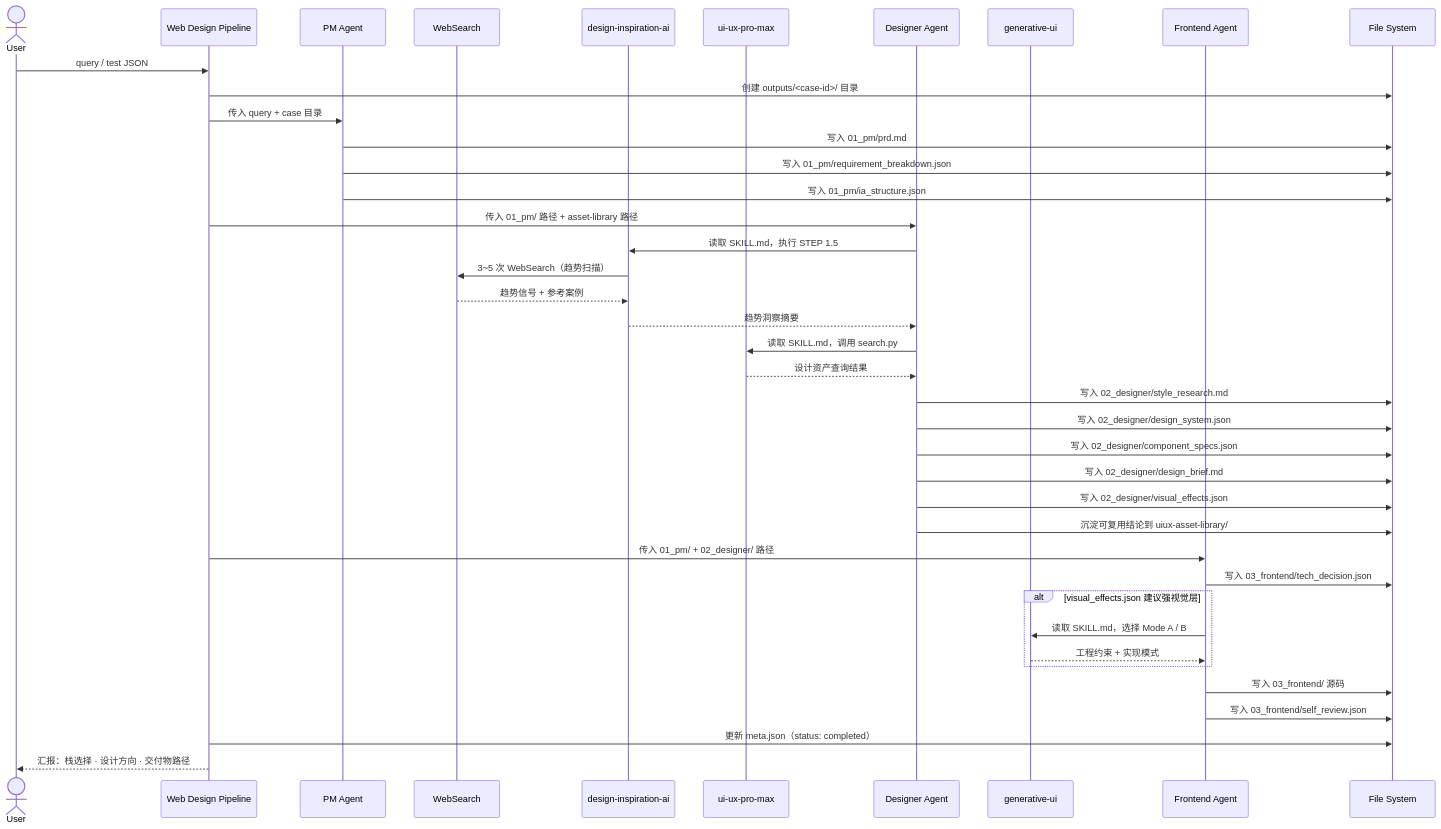
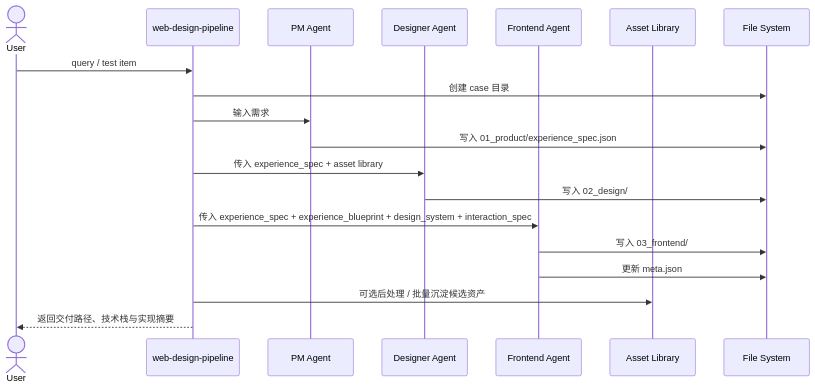
The third of 3 diagrams in ARCHITECTURE.md (PlevanTem/ui-data-synth-pipeline), drawn with Mermaid before and after one commit. The commit also changed other lines of this file and 48 other files, not shown here.

First line of the commit message:
release: v3.0.0 - uiux-asset-library 扩展与架构升级

````diff
--- a/ARCHITECTURE.md
+++ b/ARCHITECTURE.md
@@ -178,47 +129,27 @@
 ```mermaid
 sequenceDiagram
     actor User
-    participant WDP  as Web Design Pipeline
-    participant PM   as PM Agent
-    participant SRCH as WebSearch
-    participant DI   as design-inspiration-ai
-    participant UU   as ui-ux-pro-max
-    participant D    as Designer Agent
-    participant GU   as generative-ui
-    participant FE   as Frontend Agent
-    participant FS   as File System
+    participant WDP as web-design-pipeline
+    participant PM as PM Agent
+    participant D as Designer Agent
+    participant FE as Frontend Agent
+    participant Asset as Asset Library
+    participant FS as File System
 
-    User  ->> WDP   : query / test JSON
+    User ->> WDP: query / test item
+    WDP ->> FS: 创建 case 目录
 
-    WDP   ->> FS    : 创建 outputs/<case-id>/ 目录
-    WDP   ->> PM    : 传入 query + case 目录
-    PM    ->> FS    : 写入 01_pm/prd.md
-    PM    ->> FS    : 写入 01_pm/requirement_breakdown.json
-    PM    ->> FS    : 写入 01_pm/ia_structure.json
+    WDP ->> PM: 输入需求
+    PM ->> FS: 写入 01_product/experience_spec.json
 
-    WDP   ->> D     : 传入 01_pm/ 路径 + asset-library 路径
-    D     ->> DI    : 读取 SKILL.md，执行 STEP 1.5
-    DI    ->> SRCH  : 3~5 次 WebSearch（趋势扫描）
-    SRCH -->> DI    : 趋势信号 + 参考案例
-    DI   -->> D     : 趋势洞察摘要
-    D     ->> UU    : 读取 SKILL.md，调用 search.py
-    UU   -->> D     : 设计资产查询结果
-    D     ->> FS    : 写入 02_designer/style_research.md
-    D     ->> FS    : 写入 02_designer/design_system.json
-    D     ->> FS    : 写入 02_designer/component_specs.json
-    D     ->> FS    : 写入 02_designer/design_brief.md
-    D     ->> FS    : 写入 02_designer/visual_effects.json
-    D     ->> FS    : 沉淀可复用结论到 uiux-asset-library/
+    WDP ->> D: 传入 experience_spec + asset library
+    D ->> FS: 写入 02_design/
 
-    WDP   ->> FE    : 传入 01_pm/ + 02_designer/ 路径
-    FE    ->> FS    : 写入 03_frontend/tech_decision.json
-    alt visual_effects.json 建议强视觉层
-        FE ->> GU   : 读取 SKILL.md，选择 Mode A / B
-        GU -->> FE  : 工程约束 + 实现模式
-    end
-    FE    ->> FS    : 写入 03_frontend/ 源码
-    FE    ->> FS    : 写入 03_frontend/self_review.json
-    WDP   ->> FS    : 更新 meta.json（status: completed）
+    WDP ->> FE: 传入 experience_spec + experience_blueprint + design_system + interaction_spec
+    FE ->> FS: 写入 03_frontend/
+    FE ->> FS: 更新 meta.json
 
-    WDP  -->> User  : 汇报：栈选择 · 设计方向 · 交付物路径
+    WDP ->> Asset: 可选后处理 / 批量沉淀候选资产
+
+    WDP -->> User: 返回交付路径、技术栈与实现摘要
 ```
````
